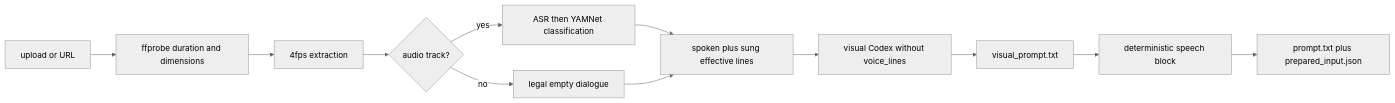
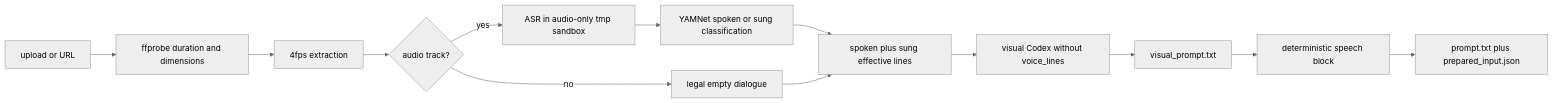
Before and after one commit to xy-plus/duet-ad: the second of 3 diagrams in docs/agent/architecture/architecture.md, drawn with Mermaid (neutral theme). The commit also changed other lines of this file and 4 other files, not shown here.

````diff
--- a/docs/agent/architecture/architecture.md
+++ b/docs/agent/architecture/architecture.md
@@ -48,14 +48,15 @@
 ```mermaid
 flowchart LR
   A[upload or URL] --> B[ffprobe duration and dimensions]
   B --> C[4fps extraction]
   C --> D{audio track?}
-  D -->|yes| E[ASR then YAMNet classification]
+  D -->|yes| E[ASR in audio-only tmp sandbox]
+  E --> Y[YAMNet spoken or sung classification]
   D -->|no| F[legal empty dialogue]
-  E --> G[spoken plus sung effective lines]
+  Y --> G[spoken plus sung effective lines]
   F --> G
   G --> H[visual Codex without voice_lines]
   H --> I[visual_prompt.txt]
   I --> J[deterministic speech block]
   J --> K[prompt.txt plus prepared_input.json]
 ```
````
